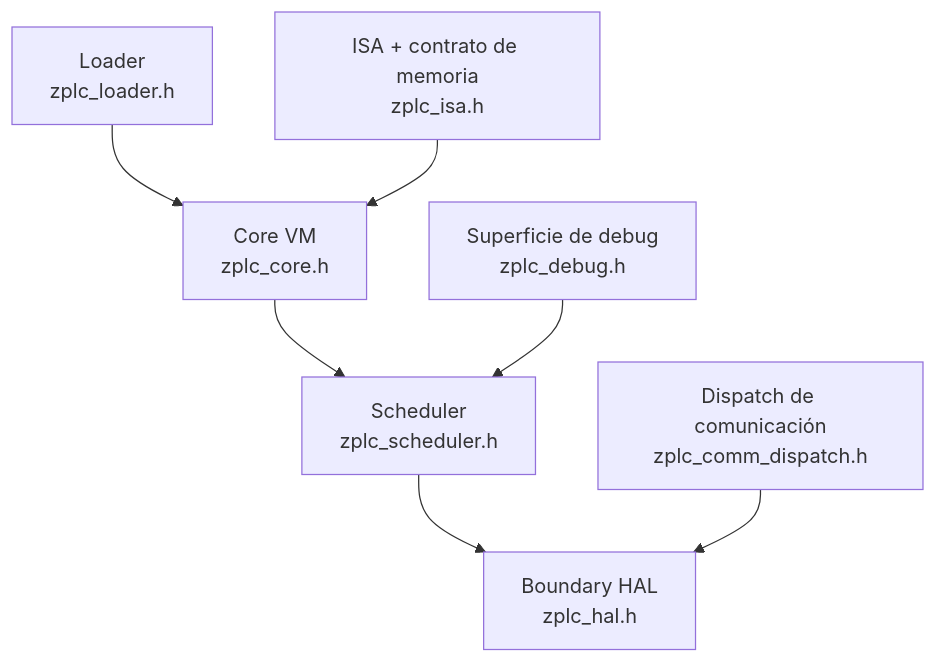
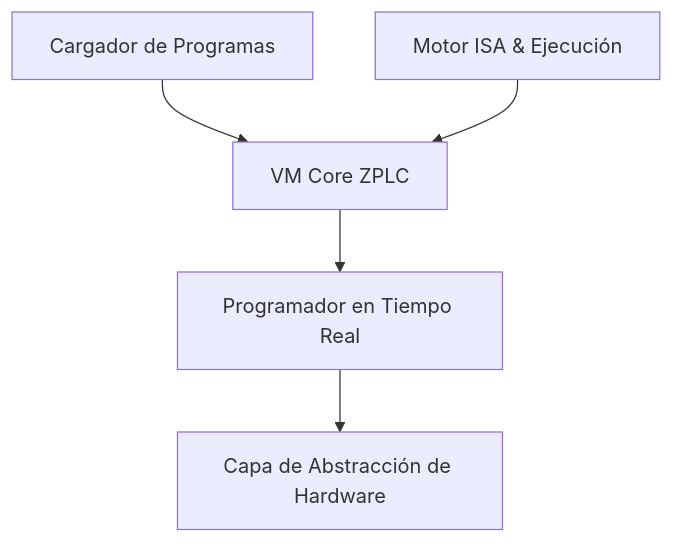
The diagram in docs/i18n/es/docusaurus-plugin-content-docs/current/runtime/index.md (eduardojvieira/ZPLC), drawn with Mermaid before and after one commit. The commit also changed other lines of this file and 55 other files, not shown here.

````diff
--- a/docs/i18n/es/docusaurus-plugin-content-docs/current/runtime/index.md
+++ b/docs/i18n/es/docusaurus-plugin-content-docs/current/runtime/index.md
@@ -29,17 +25,13 @@
 ```mermaid
 flowchart TD
-  Loader[Loader\nzplc_loader.h]
-  Core[Core VM\nzplc_core.h]
-  Sched[Scheduler\nzplc_scheduler.h]
-  ISA[ISA + contrato de memoria\nzplc_isa.h]
-  HAL[Boundary HAL\nzplc_hal.h]
-  Debug[Superficie de debug\nzplc_debug.h]
-  Comm[Dispatch de comunicación\nzplc_comm_dispatch.h]
+  Loader[Cargador de Programas]
+  Core[VM Core ZPLC]
+  Sched[Programador en Tiempo Real]
+  ISA[Motor ISA & Ejecución]
+  HAL[Capa de Abstracción de Hardware]
 
   Loader --> Core
   ISA --> Core
   Core --> Sched
   Sched --> HAL
-  Debug --> Sched
-  Comm --> HAL
 ```
````
